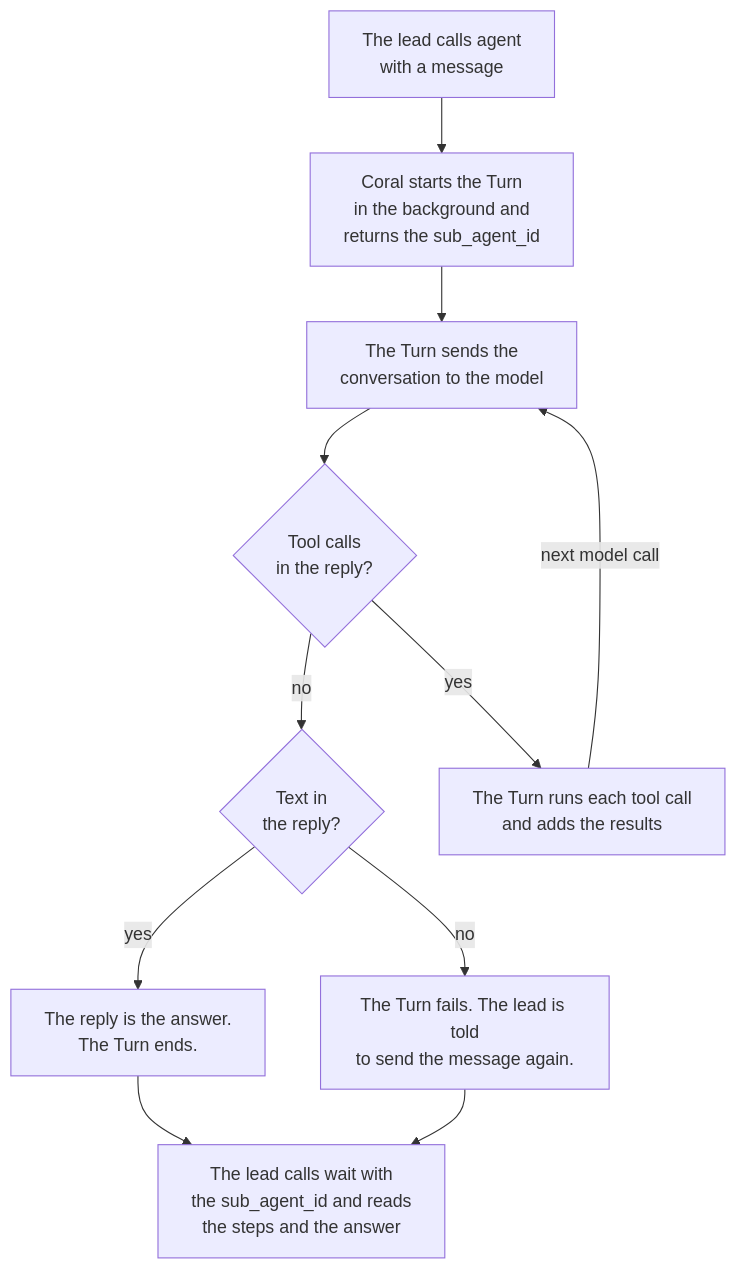
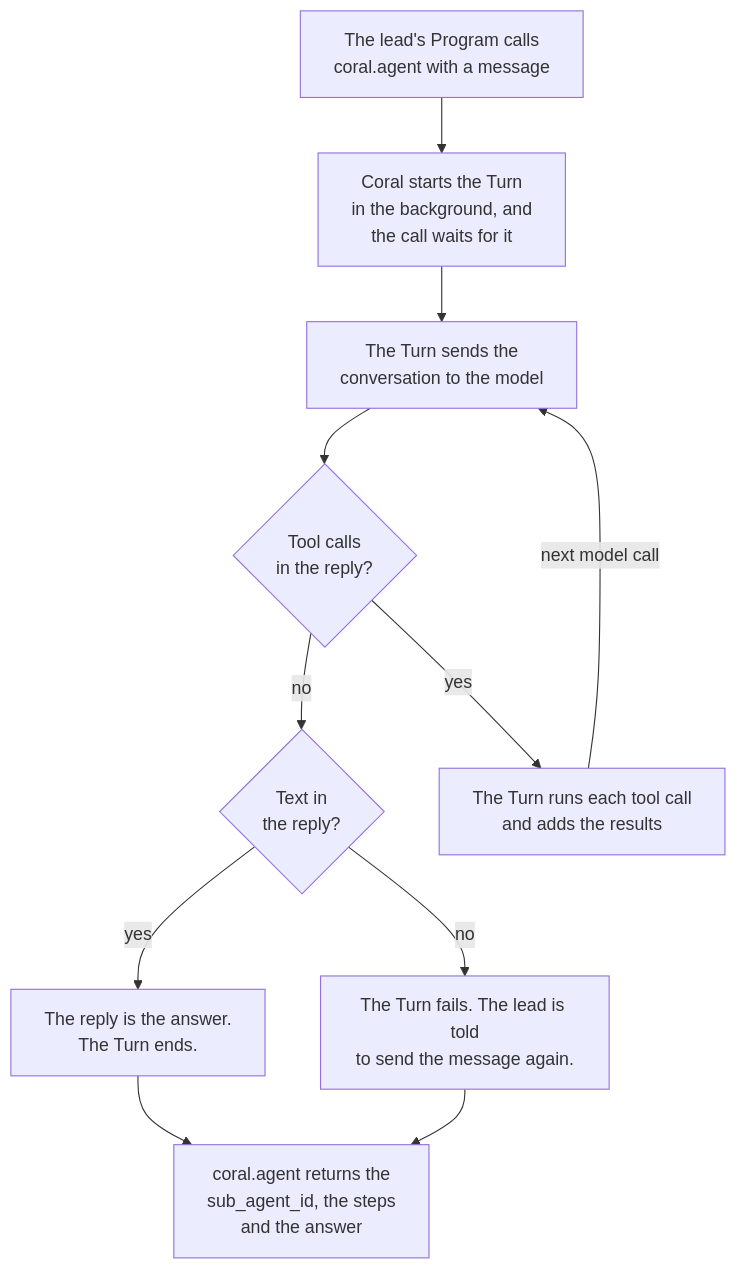
The fourth of 4 diagrams in docs/adr/0040-a-sub-agent-does-data-work-for-the-agent-that-calls-it.md (withcoral/coral), drawn with Mermaid before and after one commit. The commit also changed other lines of this file, not shown here.

Commit message:
docs(sub-agent): record that the Sub-agent is served as two Built-in Tools

````diff
--- a/docs/adr/0040-a-sub-agent-does-data-work-for-the-agent-that-calls-it.md
+++ b/docs/adr/0040-a-sub-agent-does-data-work-for-the-agent-that-calls-it.md
@@ -599,18 +611,18 @@
 ```mermaid
 flowchart TD
-    ask["The lead calls agent<br/>with a message"]
-    start["Coral starts the Turn<br/>in the background and<br/>returns the sub_agent_id"]
+    ask["The lead's Program calls<br/>coral.agent with a message"]
+    start["Coral starts the Turn<br/>in the background, and<br/>the call waits for it"]
     send["The Turn sends the<br/>conversation to the model"]
     tools{"Tool calls<br/>in the reply?"}
     text{"Text in<br/>the reply?"}
     run["The Turn runs each tool call<br/>and adds the results"]
     answer["The reply is the answer.<br/>The Turn ends."]
     failed["The Turn fails. The lead is told<br/>to send the message again."]
-    wait["The lead calls wait with<br/>the sub_agent_id and reads<br/>the steps and the answer"]
+    wait["coral.agent returns the<br/>sub_agent_id, the steps<br/>and the answer"]
     ask --> start --> send --> tools
     tools -- yes --> run
     run -- next model call --> send
     tools -- no --> text
     text -- yes --> answer --> wait
     text -- no --> failed --> wait
 ```
````
